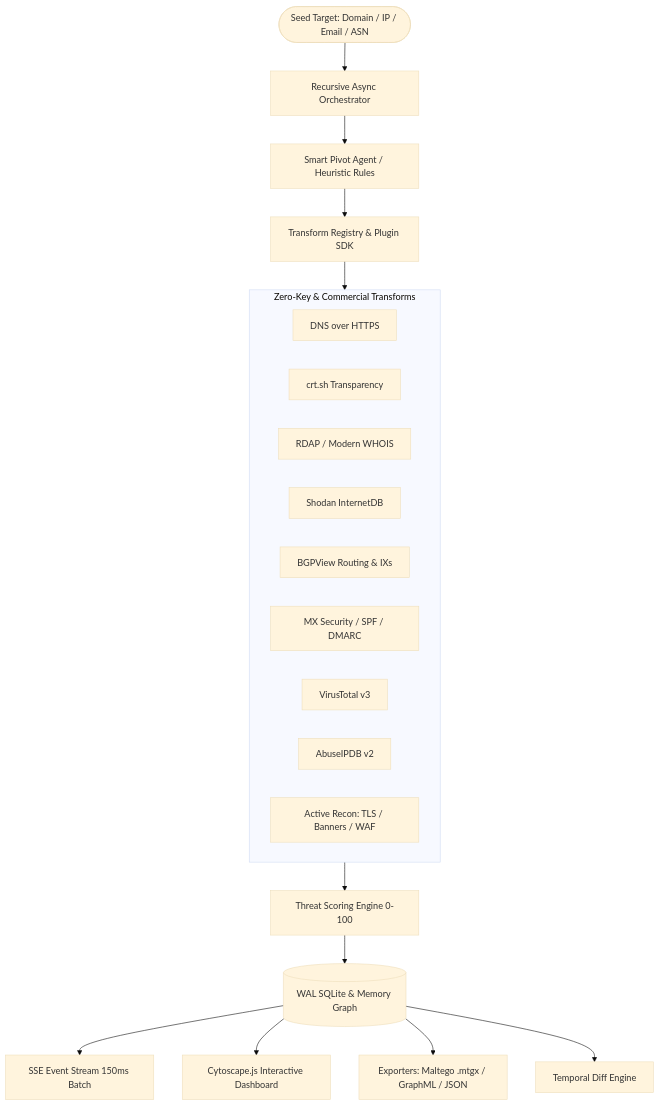
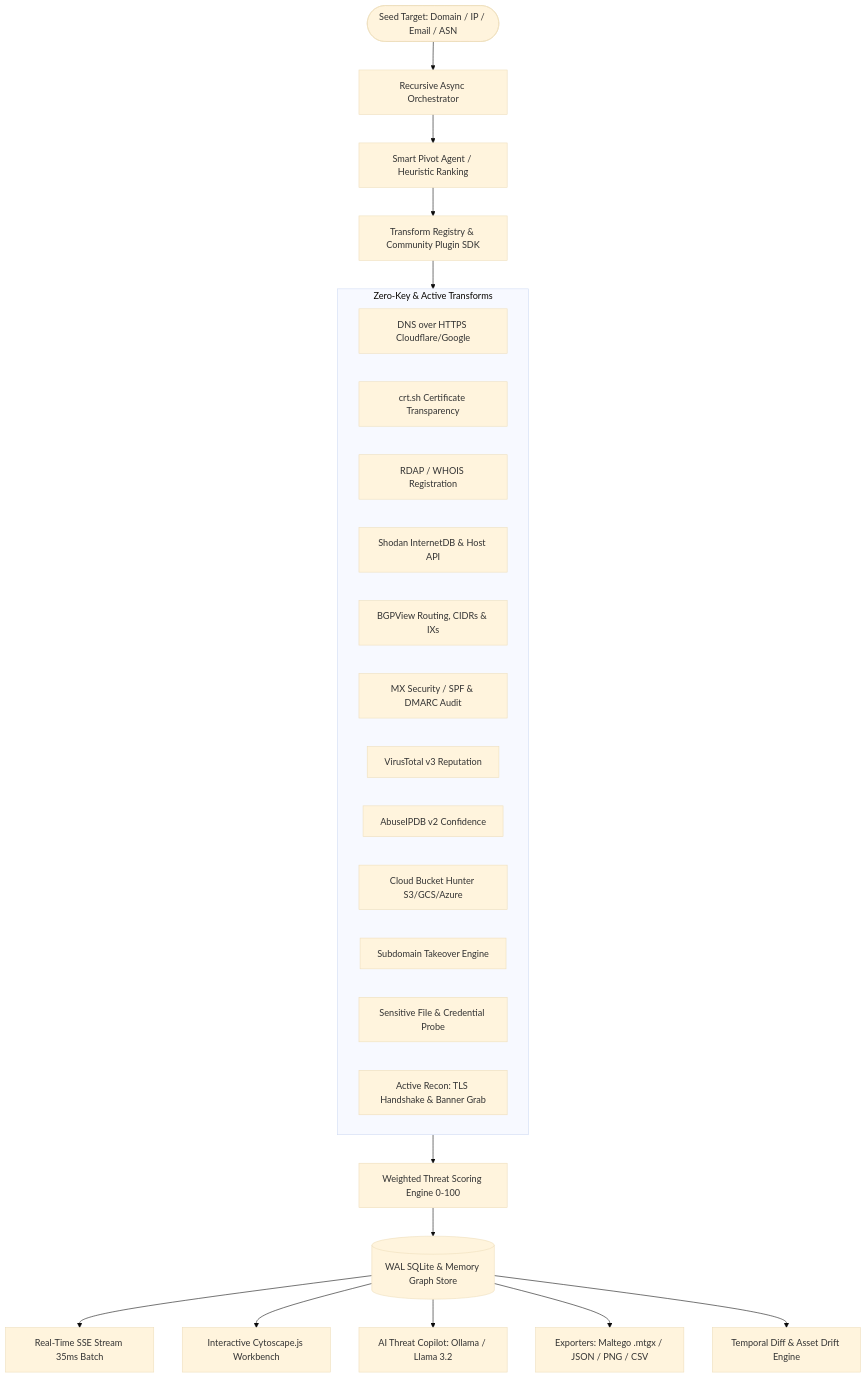
The diagram in README.md (avikengineer007/Heimdall---OSINT-Link-Analysis-Transform-Ingestion-Engine), drawn with Mermaid (base theme) before and after one commit. The commit also changed other lines of this file and 2 other files, not shown here.

Commit message:
docs: add full architecture docs, real-world operational playbooks, and credit Avik Ghosh as Inventor

````diff
--- a/README.md
+++ b/README.md
@@ -28,27 +42,31 @@
 ```mermaid
 graph TD
     Seed([Seed Target: Domain / IP / Email / ASN]) --> Orchestrator[Recursive Async Orchestrator]
-    Orchestrator --> Pivot[Smart Pivot Agent / Heuristic Rules]
-    Pivot --> Registry[Transform Registry & Plugin SDK]
+    Orchestrator --> Pivot[Smart Pivot Agent / Heuristic Ranking]
+    Pivot --> Registry[Transform Registry & Community Plugin SDK]
     
-    subgraph Transforms [Zero-Key & Commercial Transforms]
-        DNS[DNS over HTTPS]
-        CT[crt.sh Transparency]
-        RDAP[RDAP / Modern WHOIS]
-        Shodan[Shodan InternetDB]
-        BGP[BGPView Routing & IXs]
-        MX[MX Security / SPF / DMARC]
-        VT[VirusTotal v3]
-        Abuse[AbuseIPDB v2]
-        Recon[Active Recon: TLS / Banners / WAF]
+    subgraph Transforms [Zero-Key & Active Transforms]
+        DNS[DNS over HTTPS Cloudflare/Google]
+        CT[crt.sh Certificate Transparency]
+        RDAP[RDAP / WHOIS Registration]
+        Shodan[Shodan InternetDB & Host API]
+        BGP[BGPView Routing, CIDRs & IXs]
+        MX[MX Security / SPF & DMARC Audit]
+        VT[VirusTotal v3 Reputation]
+        Abuse[AbuseIPDB v2 Confidence]
+        Buckets[Cloud Bucket Hunter S3/GCS/Azure]
+        Takeover[Subdomain Takeover Engine]
+        Exposure[Sensitive File & Credential Probe]
+        Recon[Active Recon: TLS Handshake & Banner Grab]
     end
     
     Registry --> Transforms
-    Transforms --> ThreatScorer[Threat Scoring Engine 0-100]
-    ThreatScorer --> GraphStore[(WAL SQLite & Memory Graph)]
+    Transforms --> ThreatScorer[Weighted Threat Scoring Engine 0-100]
+    ThreatScorer --> GraphStore[(WAL SQLite & Memory Graph Store)]
     
-    GraphStore --> SSE[SSE Event Stream 150ms Batch]
-    GraphStore --> UI[Cytoscape.js Interactive Dashboard]
-    GraphStore --> Exporters[Exporters: Maltego .mtgx / GraphML / JSON]
-    GraphStore --> DiffEngine[Temporal Diff Engine]
+    GraphStore --> SSE[Real-Time SSE Stream 35ms Batch]
+    GraphStore --> UI[Interactive Cytoscape.js Workbench]
+    GraphStore --> Copilot[AI Threat Copilot: Ollama / Llama 3.2]
+    GraphStore --> Exporters[Exporters: Maltego .mtgx / JSON / PNG / CSV]
+    GraphStore --> DiffEngine[Temporal Diff & Asset Drift Engine]
 ```
````
